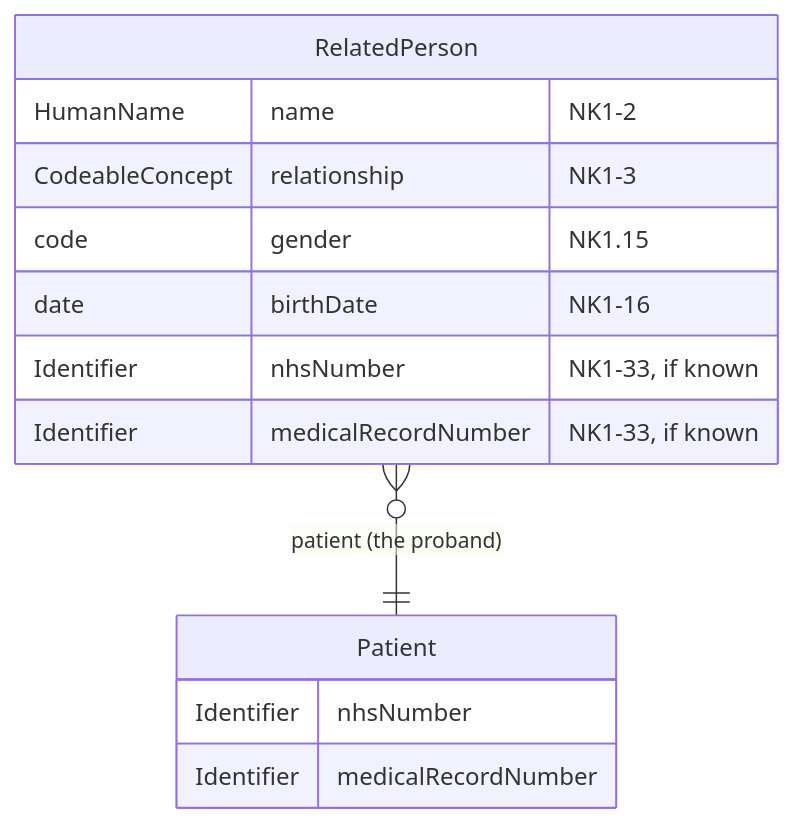
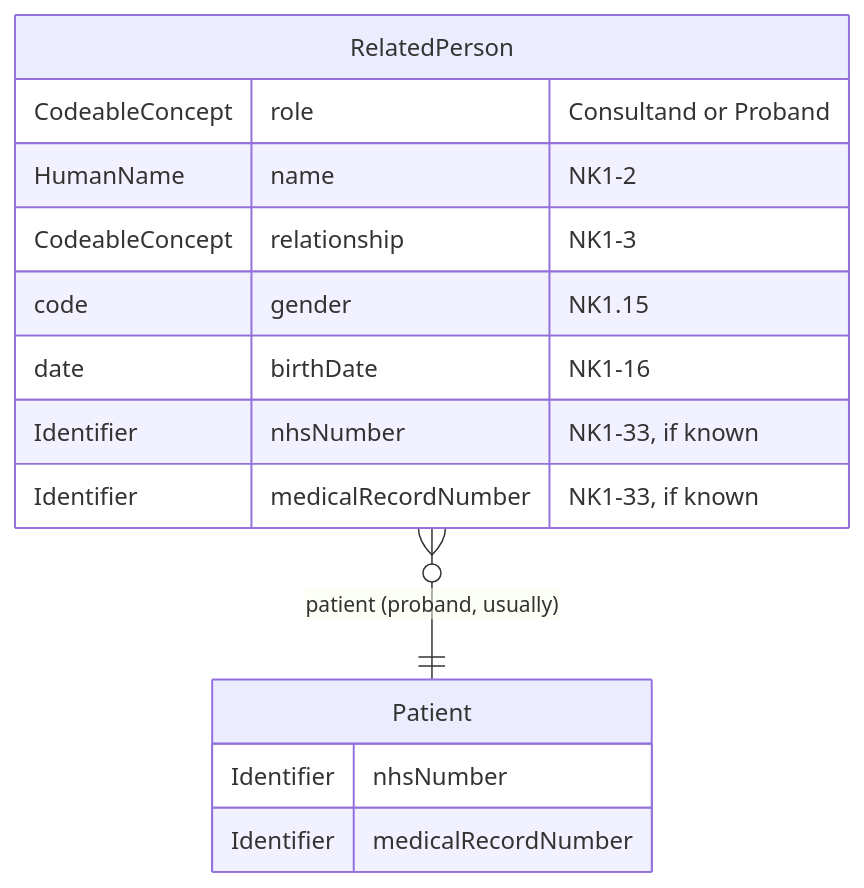
Before and after one commit to nw-gmsa/nw-gmsa.github.com: the diagram in input/pagecontent/Questionnaire-GeneticReferralConsultand-intro.md, drawn with Mermaid. The commit also changed other lines of this file and 3 other files, not shown here.

First line of the commit message:
Extend the generalised Related Individual (NK1) group to Consultand and Prenatal Haemoglobinopathy

````diff
--- a/input/pagecontent/Questionnaire-GeneticReferralConsultand-intro.md
+++ b/input/pagecontent/Questionnaire-GeneticReferralConsultand-intro.md
@@ -33,18 +43,19 @@
 ```mermaid
 erDiagram
-    RelatedPerson }o--|| Patient : "patient (the proband)"
+    RelatedPerson }o--|| Patient : "patient (proband, usually)"
 
     RelatedPerson {
+        CodeableConcept role "Consultand or Proband"
         HumanName name "NK1-2"
         CodeableConcept relationship "NK1-3"
         code gender "NK1.15"
         date birthDate "NK1-16"
         Identifier nhsNumber "NK1-33, if known"
         Identifier medicalRecordNumber "NK1-33, if known"
     }
 
     Patient {
         Identifier nhsNumber
         Identifier medicalRecordNumber
     }
 ```
````
